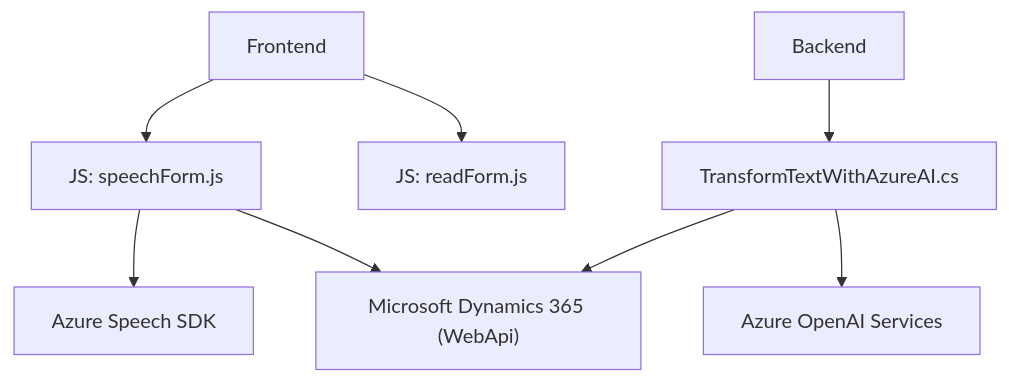
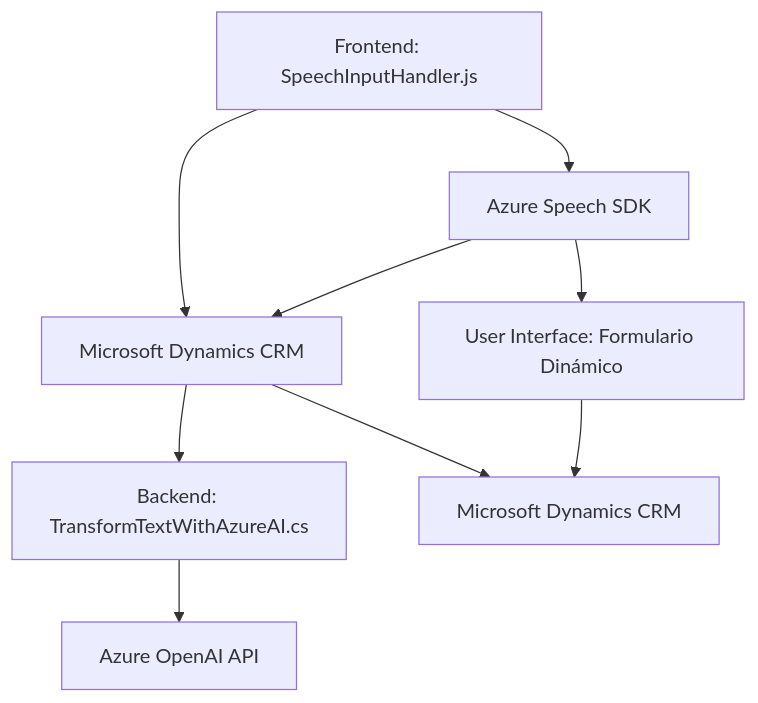
The diagram in README.md (blopezdm/NETCORE_BILBAO2025), drawn with Mermaid before and after one commit. The commit also changed other lines of this file, not shown here.

````diff
--- a/README.md
+++ b/README.md
@@ -46,19 +39,11 @@
 ```mermaid
 graph TD
-    A["Frontend"]
-    B["JS: speechForm.js"]
-    C["JS: readForm.js"]
-    D["Backend"]
-    E["TransformTextWithAzureAI.cs"]
-    F["Azure Speech SDK"]
-    G["Azure OpenAI Services"]
-    H["Microsoft Dynamics 365 (WebApi)"]
-
-    A --> B
-    A --> C
-    B --> F
-    B --> H
-    D --> E
-    E --> G
-    E --> H
+    A["Frontend: SpeechInputHandler.js"] --> B["Azure Speech SDK"]
+    A --> C["Microsoft Dynamics CRM"]
+    B --> C
+    B --> D["User Interface: Formulario Dinámico"]
+    C --> E["Backend: TransformTextWithAzureAI.cs"]
+    E --> F["Azure OpenAI API"]
+    C --> G["Microsoft Dynamics CRM"]
+    D --> G
 ```
````
